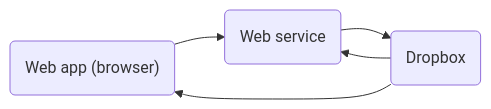
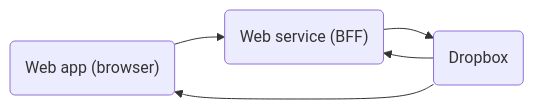
Before and after one commit to FusionAuth/fusionauth-site: the fifth of 7 diagrams in astro/src/content/articles/authentication/bff.mdx, drawn with Mermaid. The commit also changed other lines of this file, not shown here.

````diff
--- a/astro/src/content/articles/authentication/bff.mdx
+++ b/astro/src/content/articles/authentication/bff.mdx
@@ -175,7 +179,7 @@
 ```mermaid
 graph LR
-	wa("Web app (browser)") --> ws("Web service")
+	wa("Web app (browser)") --> ws("Web service (BFF)")
 	ws --> os(Dropbox)
 	os --> wa
 	os --> ws
 ```
````
